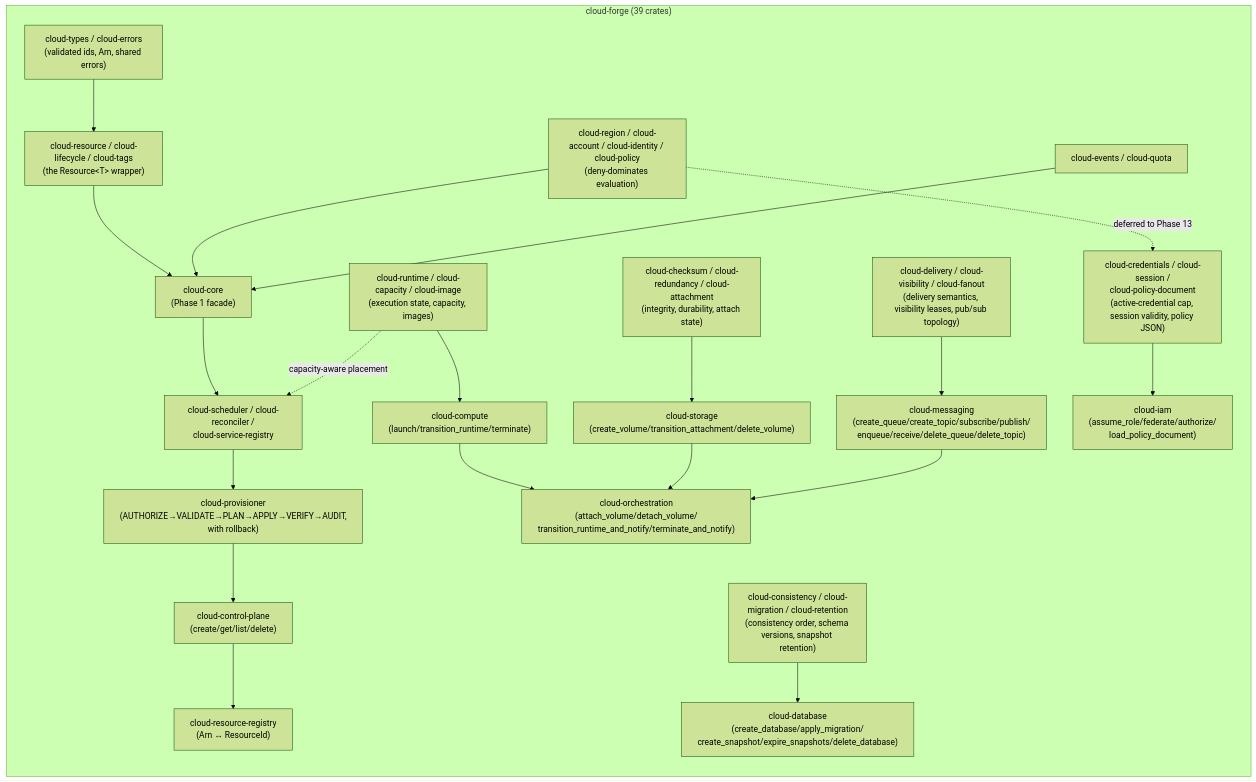
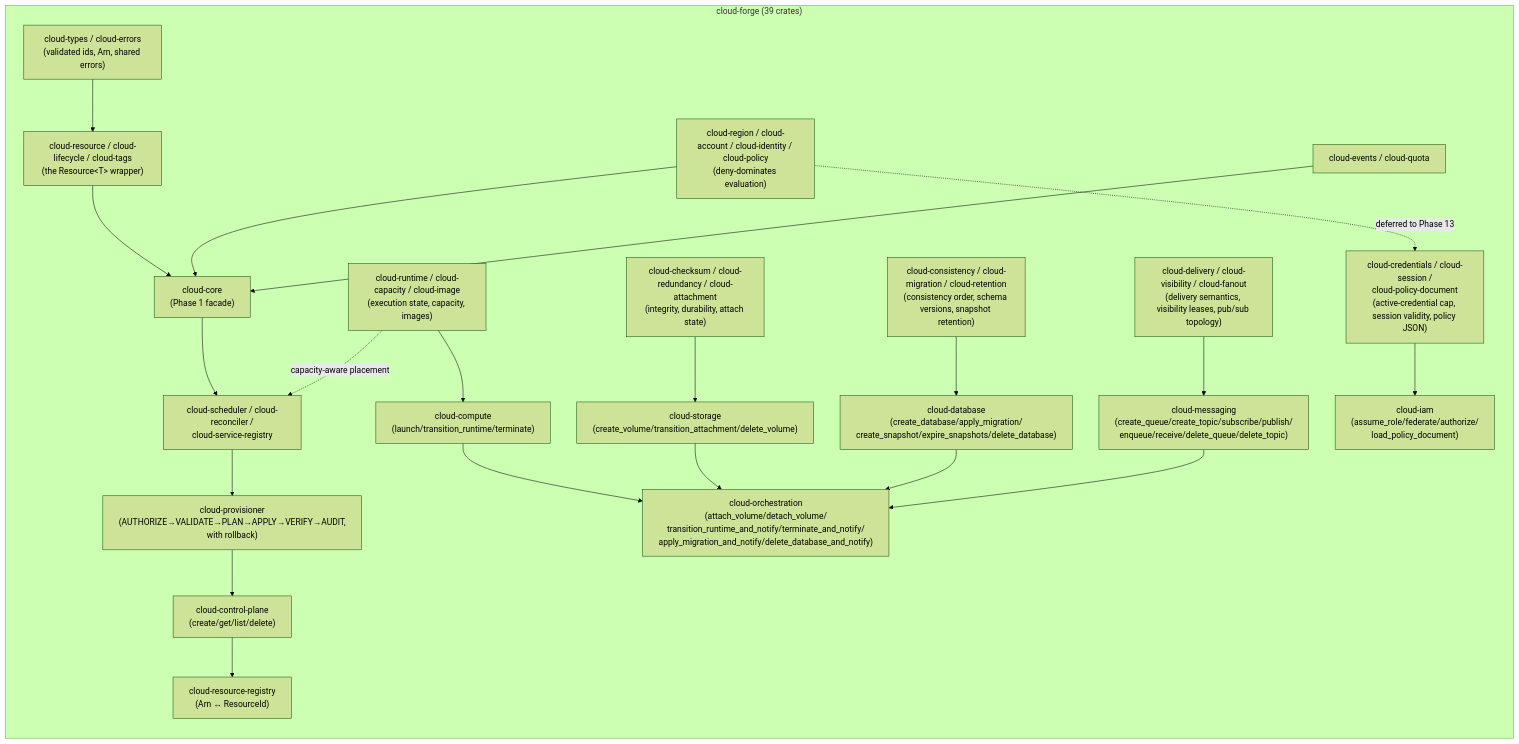
Before and after one commit to SNAPKITTYAGENT9NOVA/tlm-jxcl-forge: the fifth of 5 diagrams in README.md, drawn with Mermaid (forest theme). The commit also changed other lines of this file and 4 other files, not shown here.

First line of the commit message:
cloud-forge: Phase 16, cloud-orchestration's third cross-service composition

````diff
--- a/README.md
+++ b/README.md
@@ -425,41 +426,42 @@
 ```mermaid
 flowchart LR
     subgraph cf["cloud-forge (39 crates)"]
         direction TB
         types["cloud-types / cloud-errors<br/>(validated ids, Arn, shared errors)"]
         model["cloud-resource / cloud-lifecycle / cloud-tags<br/>(the Resource&lt;T&gt; wrapper)"]
         access["cloud-region / cloud-account / cloud-identity / cloud-policy<br/>(deny-dominates evaluation)"]
         ops["cloud-events / cloud-quota"]
         core["cloud-core<br/>(Phase 1 facade)"]
         control["cloud-scheduler / cloud-reconciler /<br/>cloud-service-registry"]
         pipeline["cloud-provisioner<br/>(AUTHORIZE→VALIDATE→PLAN→APPLY→VERIFY→AUDIT,<br/>with rollback)"]
         plane["cloud-control-plane<br/>(create/get/list/delete)"]
         names["cloud-resource-registry<br/>(Arn ↔ ResourceId)"]
         compute["cloud-runtime / cloud-capacity / cloud-image<br/>(execution state, capacity, images)"]
         storage["cloud-checksum / cloud-redundancy / cloud-attachment<br/>(integrity, durability, attach state)"]
         database["cloud-consistency / cloud-migration / cloud-retention<br/>(consistency order, schema versions, snapshot retention)"]
         messaging["cloud-delivery / cloud-visibility / cloud-fanout<br/>(delivery semantics, visibility leases, pub/sub topology)"]
         computeSvc["cloud-compute<br/>(launch/transition_runtime/terminate)"]
         storageSvc["cloud-storage<br/>(create_volume/transition_attachment/delete_volume)"]
         databaseSvc["cloud-database<br/>(create_database/apply_migration/<br/>create_snapshot/expire_snapshots/delete_database)"]
         messagingSvc["cloud-messaging<br/>(create_queue/create_topic/subscribe/publish/<br/>enqueue/receive/delete_queue/delete_topic)"]
-        orchestration["cloud-orchestration<br/>(attach_volume/detach_volume/<br/>transition_runtime_and_notify/terminate_and_notify)"]
+        orchestration["cloud-orchestration<br/>(attach_volume/detach_volume/<br/>transition_runtime_and_notify/terminate_and_notify/<br/>apply_migration_and_notify/delete_database_and_notify)"]
         iam["cloud-credentials / cloud-session /<br/>cloud-policy-document<br/>(active-credential cap, session validity, policy JSON)"]
         iamSvc["cloud-iam<br/>(assume_role/federate/authorize/<br/>load_policy_document)"]
         types --> model --> core
         access --> core
         ops --> core
         core --> control --> pipeline --> plane
         plane --> names
         compute -.capacity-aware placement.-> control
         compute --> computeSvc
         storage --> storageSvc
         database --> databaseSvc
         messaging --> messagingSvc
         computeSvc --> orchestration
         storageSvc --> orchestration
+        databaseSvc --> orchestration
         messagingSvc --> orchestration
         access -.deferred to Phase 13.-> iam
         iam --> iamSvc
     end
 ```
````
